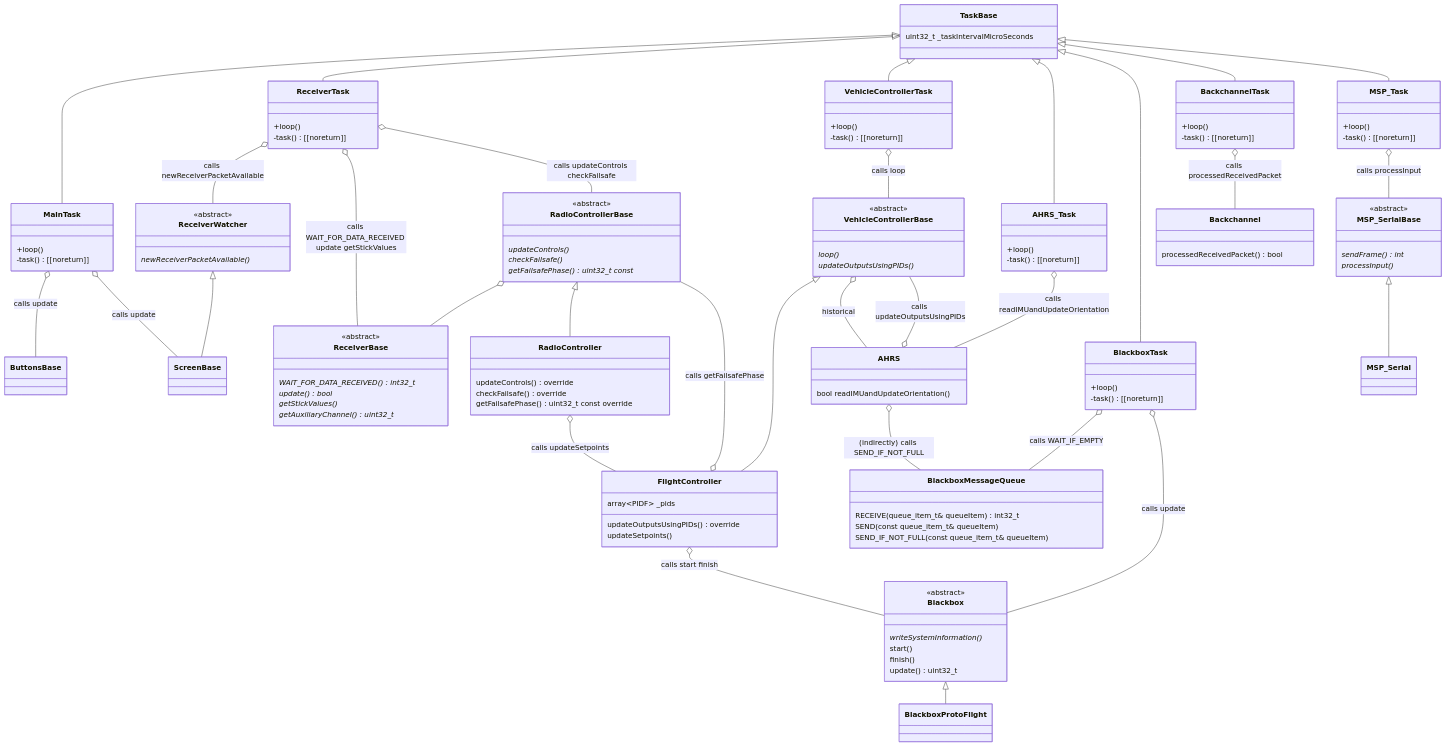
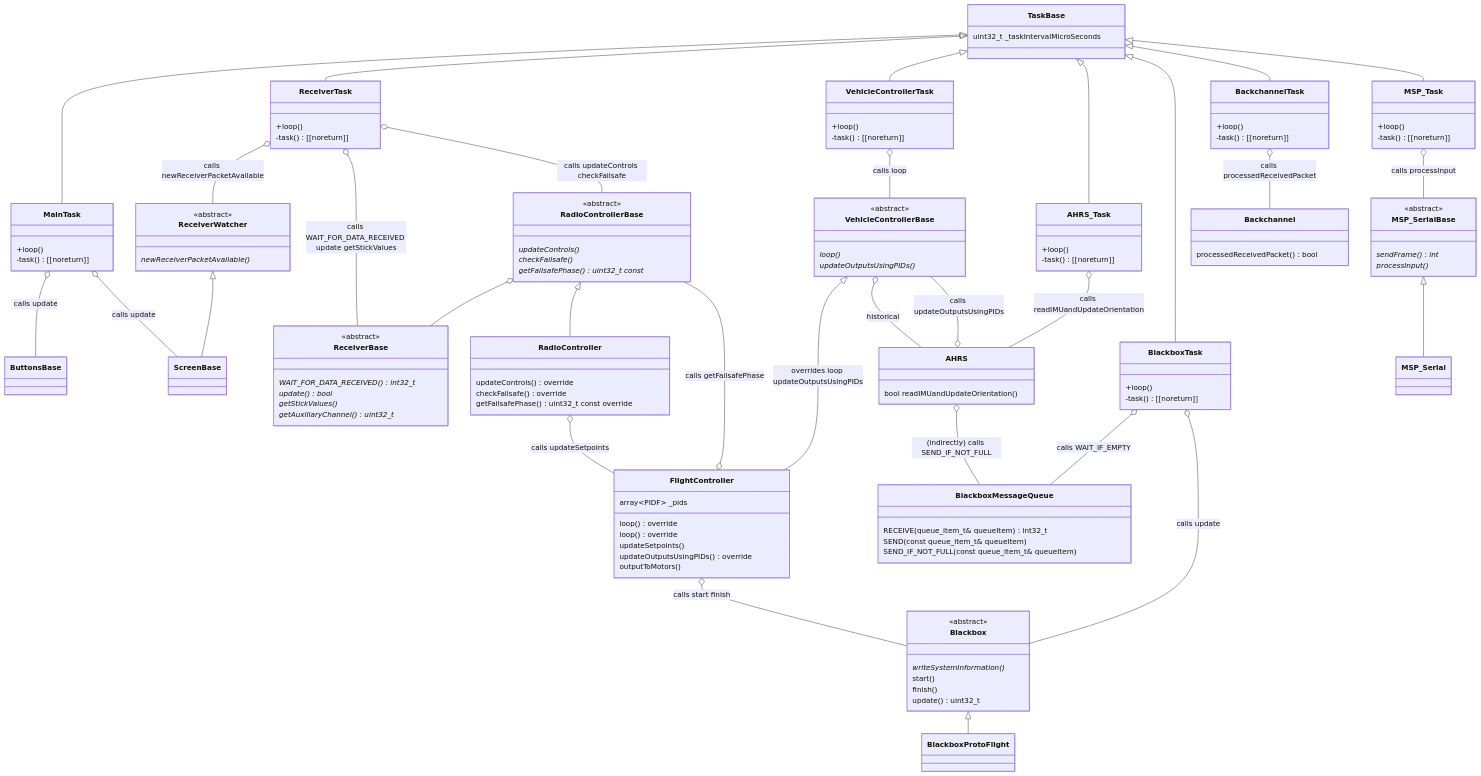
The second of 5 diagrams in README.md (martinbudden/Protoflight), drawn with Mermaid before and after one commit. The commit also changed other lines of this file and 13 other files, not shown here.

Commit message:
Added FlightControllerMessageQueue and output filters.

```diff
--- a/README.md
+++ b/README.md
@@ -437,8 +441,11 @@
     }
     class FlightController {
         array~PIDF~ _pids
+        loop() override
+        loop() override
+        updateSetpoints()
         updateOutputsUsingPIDs() override
-        updateSetpoints()
+        outputToMotors()
     }
     FlightController o-- Blackbox : calls start finish
     FlightController o-- RadioControllerBase : calls getFailsafePhase
@@ -473,7 +480,7 @@
     }
     link VehicleControllerTask "https://github.com/martinbudden/Library-StabilizedVehicle/blob/main/src/VehicleControllerTask.h"
     VehicleControllerTask o-- VehicleControllerBase : calls loop
-    VehicleControllerBase <|-- FlightController
+    VehicleControllerBase <|-- FlightController : overrides loop updateOutputsUsingPIDs
 
     TaskBase <|-- AHRS_Task
     class AHRS_Task {
```
